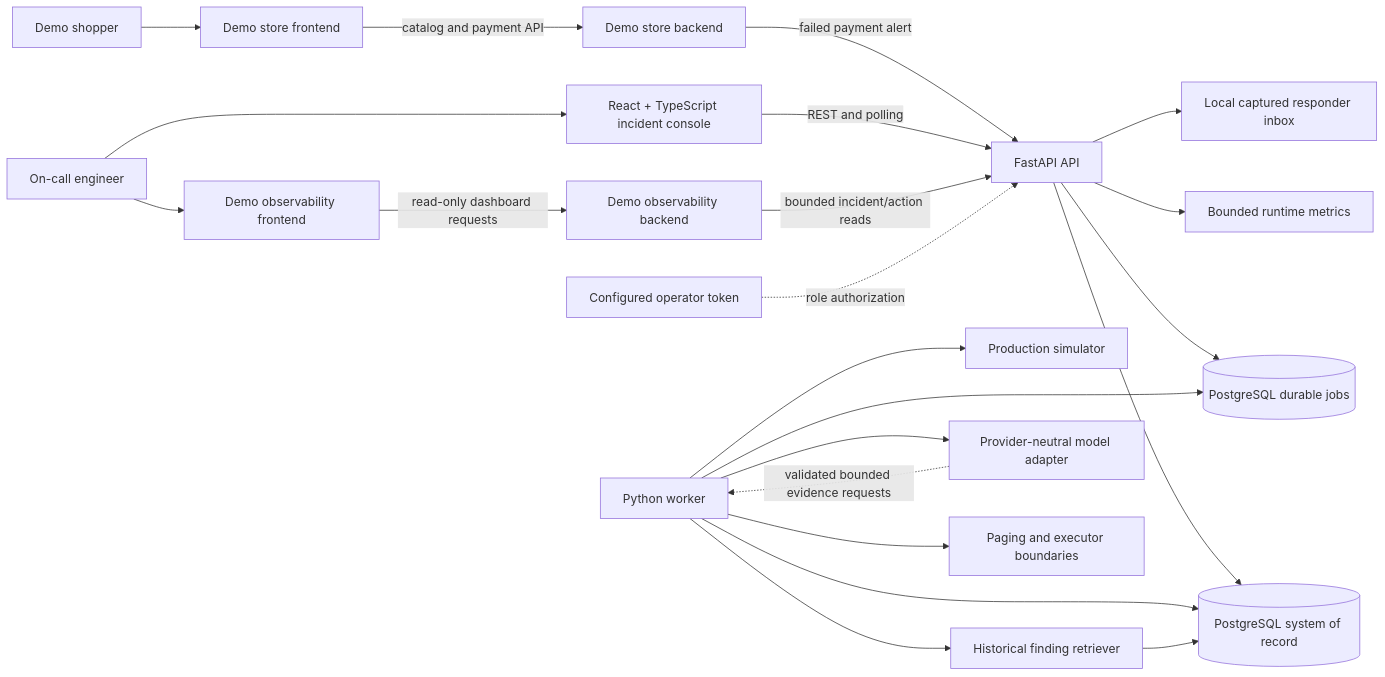
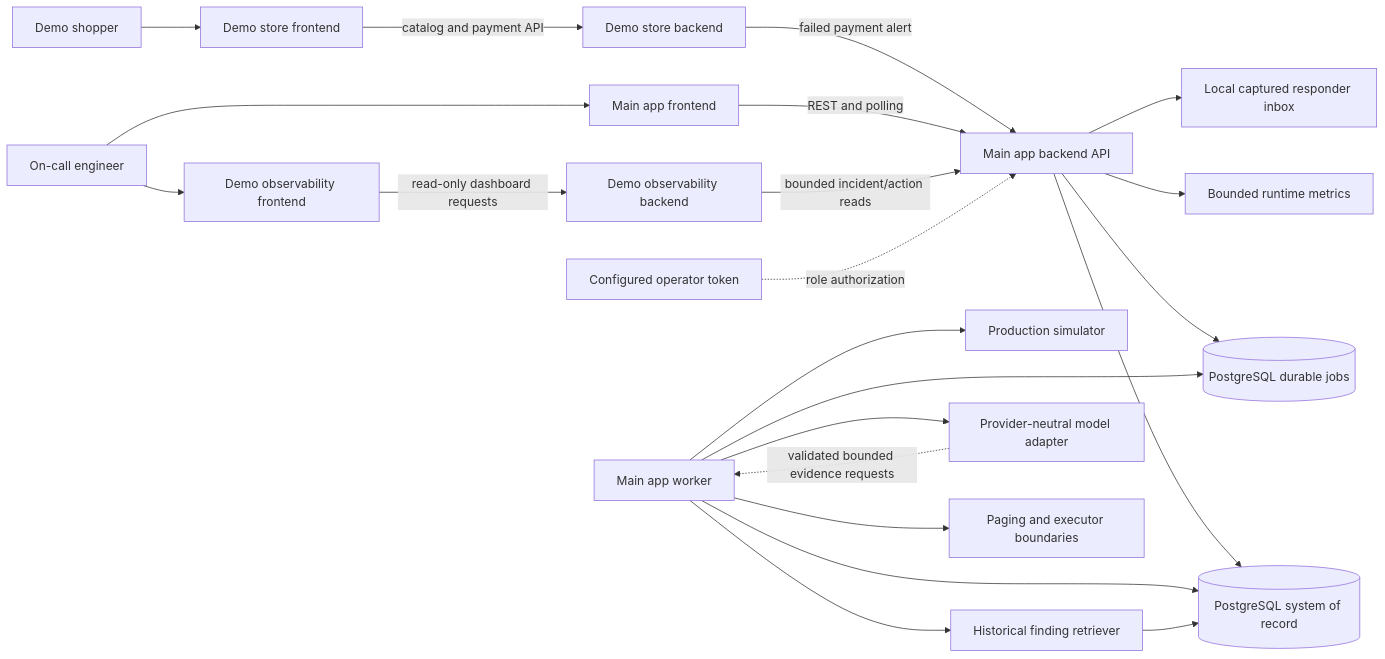
The diagram in _plan_docs/_hld_docs/00-system-architecture.md (safayavatsal/hero-vired-assignment), drawn with Mermaid before and after one commit. The commit also changed other lines of this file and 108 other files, not shown here.

Commit message:
refactor: organize main app layout

````diff
--- a/_plan_docs/_hld_docs/00-system-architecture.md
+++ b/_plan_docs/_hld_docs/00-system-architecture.md
@@ -7,24 +9,24 @@
 ```mermaid
 flowchart LR
     Shopper[Demo shopper] --> Storefront[Demo store frontend]
     Storefront -->|catalog and payment API| StoreAPI[Demo store backend]
     StoreAPI -->|failed payment alert| API
-    Responder[On-call engineer] --> UI[React + TypeScript incident console]
+    Responder[On-call engineer] --> UI[Main app frontend]
     Responder --> MonitorUI[Demo observability frontend]
-    UI -->|REST and polling| API[FastAPI API]
+    UI -->|REST and polling| API[Main app backend API]
     MonitorUI -->|read-only dashboard requests| MonitorAPI[Demo observability backend]
     MonitorAPI -->|bounded incident/action reads| API
     Operator[Configured operator token] -.->|role authorization| API
     API --> Metrics[Bounded runtime metrics]
     API --> Store[(PostgreSQL system of record)]
     API --> Jobs[(PostgreSQL durable jobs)]
-    Worker[Python worker] --> Jobs
+    Worker[Main app worker] --> Jobs
     Worker --> Store
     Worker --> Simulator[Production simulator]
     Worker --> Retrieval[Historical finding retriever]
     Retrieval --> Store
     Worker --> Model[Provider-neutral model adapter]
     Model -.->|validated bounded evidence requests| Worker
     Worker --> Pager[Paging and executor boundaries]
     API --> Inbox[Local captured responder inbox]
 ```
````
